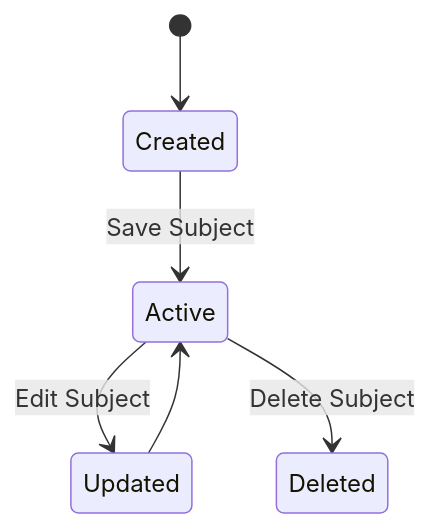
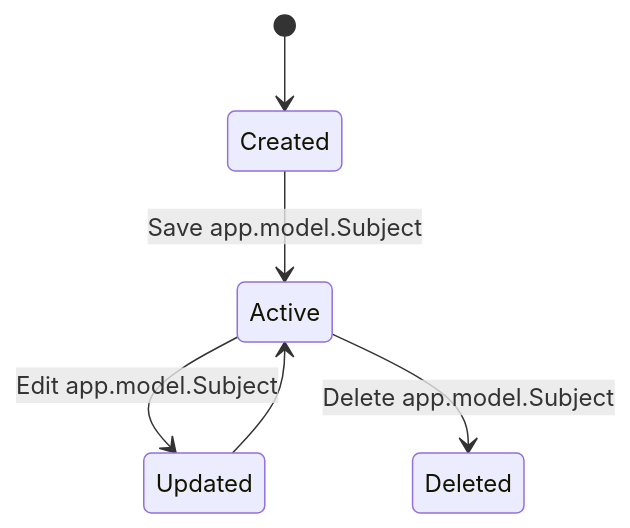
Before and after one commit to Leonard-CM/student-assignment-tracker: the third of 7 diagrams in state_diagrams.md, drawn with Mermaid. The commit also changed other lines of this file and 79 other files, not shown here.

````diff
--- a/state_diagrams.md
+++ b/state_diagrams.md
@@ -63,8 +63,8 @@
 ```mermaid
 stateDiagram-v2
 [*] --> Created
-Created --> Active : Save Subject
-Active --> Updated : Edit Subject
+Created --> Active : Save app.model.Subject
+Active --> Updated : Edit app.model.Subject
 Updated --> Active
-Active --> Deleted : Delete Subject
+Active --> Deleted : Delete app.model.Subject
 ```
````
